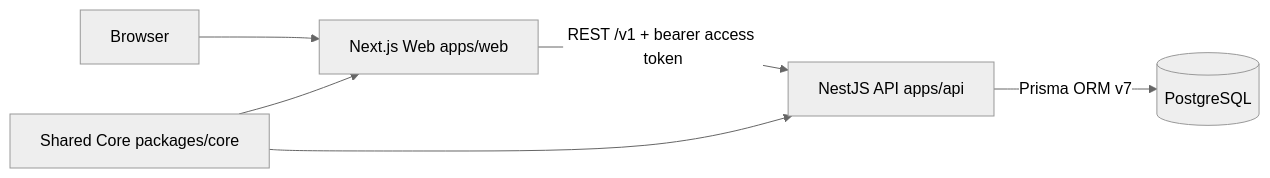
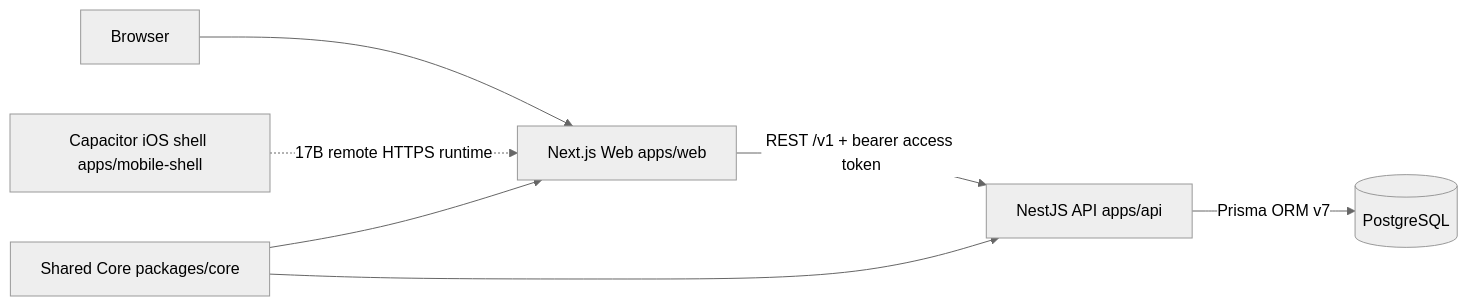
One commit to yuzequn095/Aurum changed the first of 2 diagrams in README.md. Above: the diagram before and after it, drawn with Mermaid (neutral theme). The commit also changed other lines of this file and 1 other file, not shown here.

Commit message:
docs(m17): document capacitor foundation validation

````diff
--- a/README.md
+++ b/README.md
@@ -470,8 +477,9 @@
 ```mermaid
 flowchart LR
   B[Browser] --> W[Next.js Web apps/web]
+  M[Capacitor iOS shell apps/mobile-shell] -. "17B remote HTTPS runtime" .-> W
   W -->|REST /v1 + bearer access token| A[NestJS API apps/api]
   A -->|Prisma ORM v7| P[(PostgreSQL)]
   C[Shared Core packages/core] --> W
   C --> A
 ```
````
